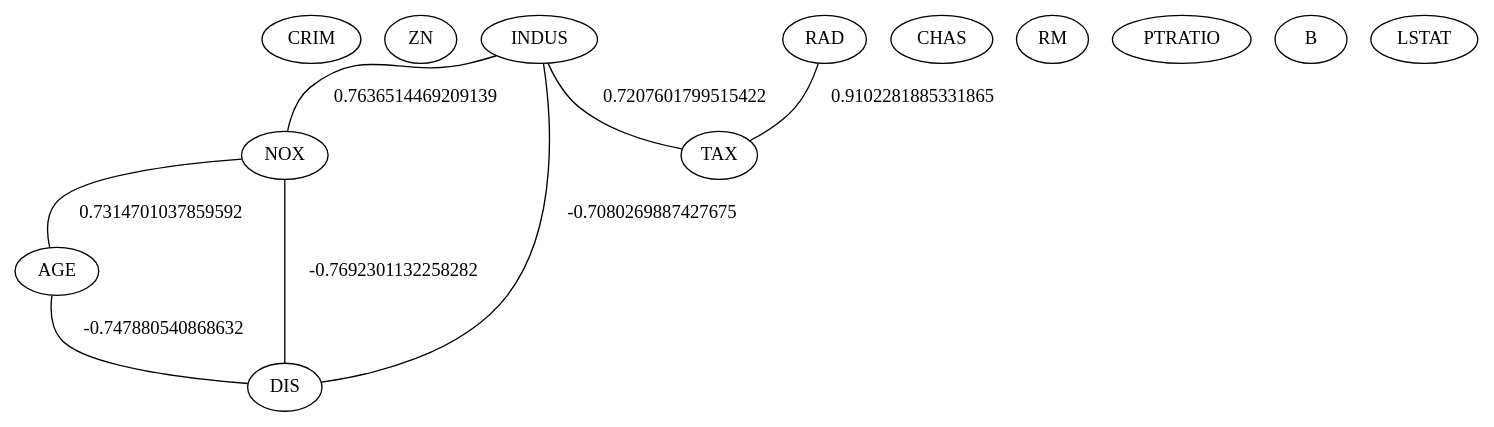
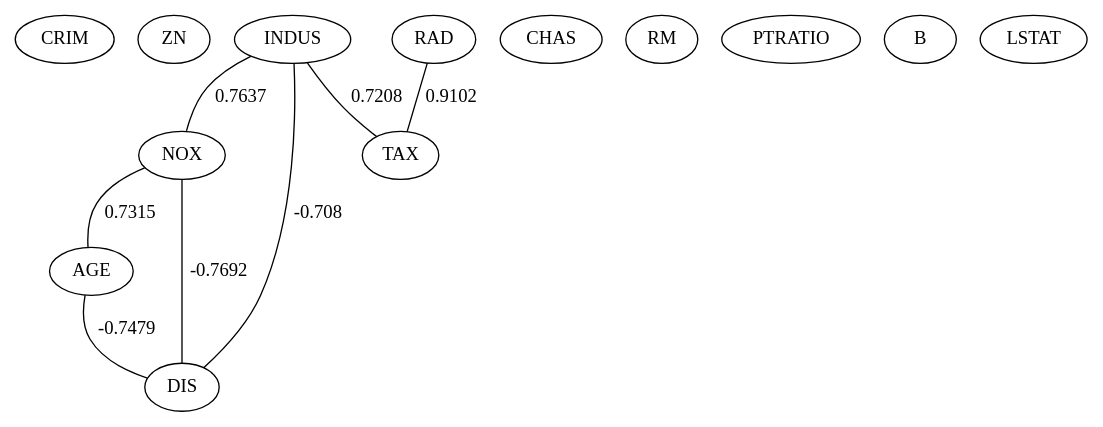
One commit to julihocc/analisis-regresiones changed the diagram in Módulo 03 Regresiones lineales múltiples/Graph.gv. Above: the diagram before and after it, drawn with Graphviz. The commit also changed 12799 other files, not shown here.

```diff
--- a/Módulo 03 Regresiones lineales múltiples/Graph.gv
+++ b/Módulo 03 Regresiones lineales múltiples/Graph.gv
@@ -1,22 +1,22 @@
 graph {
 	CRIM [label=CRIM]
 	ZN [label=ZN]
 	INDUS [label=INDUS]
 	CHAS [label=CHAS]
 	NOX [label=NOX]
 	RM [label=RM]
 	AGE [label=AGE]
 	DIS [label=DIS]
 	RAD [label=RAD]
 	TAX [label=TAX]
 	PTRATIO [label=PTRATIO]
 	B [label=B]
 	LSTAT [label=LSTAT]
-	INDUS -- NOX [label=0.7636514469209139]
-	INDUS -- DIS [label=-0.7080269887427675]
-	INDUS -- TAX [label=0.7207601799515422]
-	NOX -- AGE [label=0.7314701037859592]
-	NOX -- DIS [label=-0.7692301132258282]
-	AGE -- DIS [label=-0.747880540868632]
-	RAD -- TAX [label=0.9102281885331865]
+	INDUS -- NOX [label=0.7637]
+	INDUS -- DIS [label=-0.708]
+	INDUS -- TAX [label=0.7208]
+	NOX -- AGE [label=0.7315]
+	NOX -- DIS [label=-0.7692]
+	AGE -- DIS [label=-0.7479]
+	RAD -- TAX [label=0.9102]
 }
```
